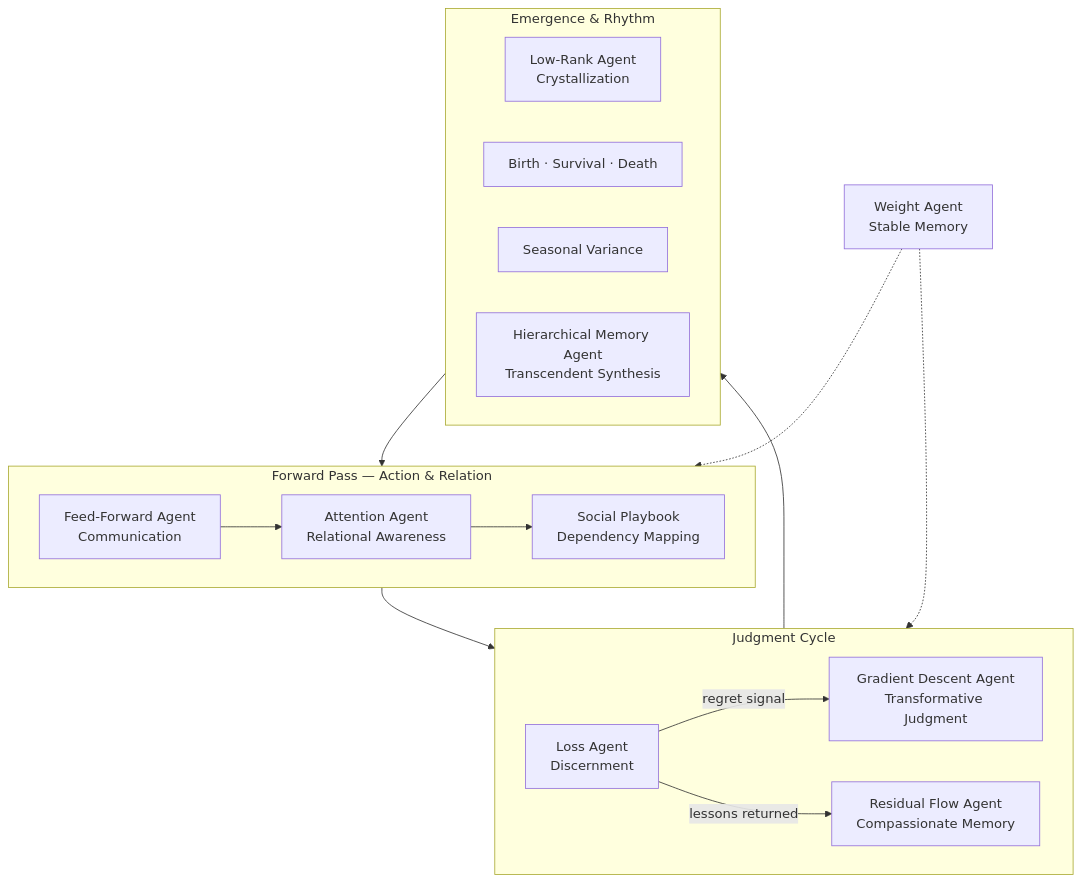
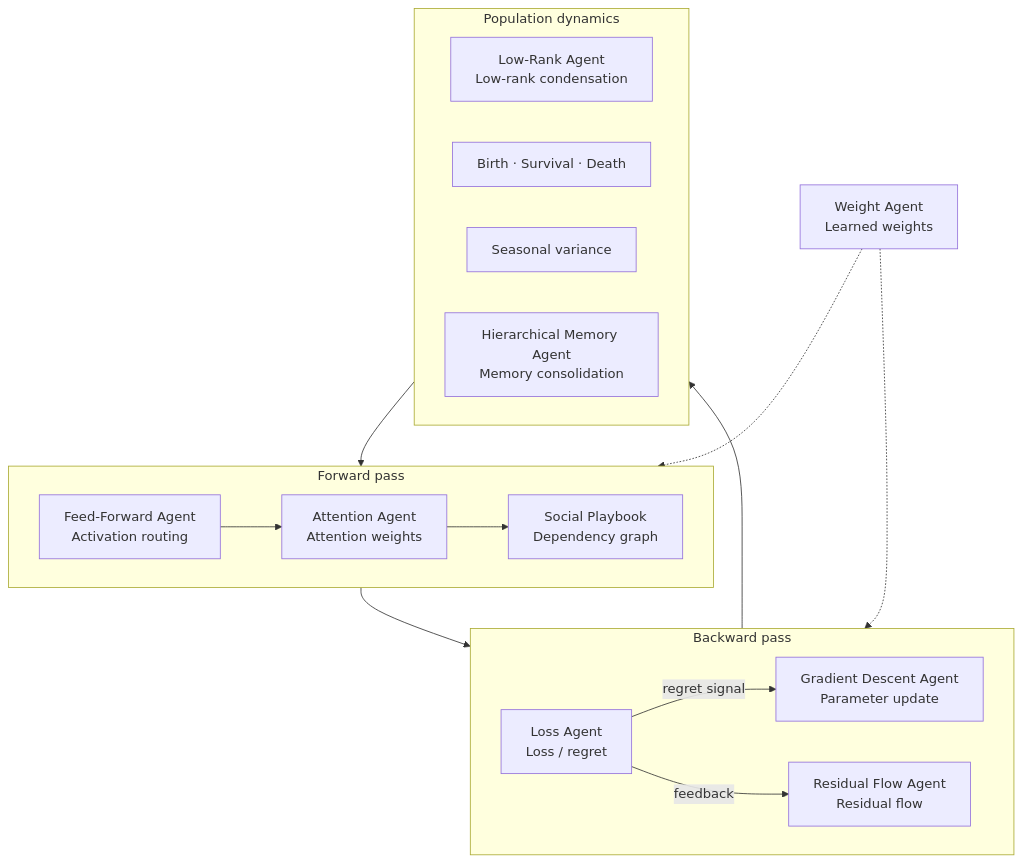
One commit to iblameandrew/sonar changed the first of 2 diagrams in README.md. Above: the diagram before and after it, drawn with Mermaid. The commit also changed other lines of this file, not shown here.

Commit message:
Rewrite Conceptual Transformer README: social roles and math only

````diff
--- a/README.md
+++ b/README.md
@@ -76,28 +72,28 @@
 ```mermaid
 flowchart TB
-    subgraph forward["Forward Pass — Action & Relation"]
-        M[Feed-Forward Agent<br/>Communication]
-        A[Attention Agent<br/>Relational Awareness]
-        SP[Social Playbook<br/>Dependency Mapping]
+    subgraph forward["Forward pass"]
+        M[Feed-Forward Agent<br/>Activation routing]
+        A[Attention Agent<br/>Attention weights]
+        SP[Social Playbook<br/>Dependency graph]
         M --> A --> SP
     end
 
-    subgraph judgment["Judgment Cycle"]
-        AU[Loss Agent<br/>Discernment]
-        AU -->|regret signal| RF[Gradient Descent Agent<br/>Transformative Judgment]
-        AU -->|lessons returned| CF[Residual Flow Agent<br/>Compassionate Memory]
+    subgraph backward["Backward pass"]
+        AU[Loss Agent<br/>Loss / regret]
+        AU -->|regret signal| RF[Gradient Descent Agent<br/>Parameter update]
+        AU -->|feedback| CF[Residual Flow Agent<br/>Residual flow]
     end
 
-    subgraph emergence["Emergence & Rhythm"]
-        INST[Low-Rank Agent<br/>Crystallization]
+    subgraph population["Population dynamics"]
+        INST[Low-Rank Agent<br/>Low-rank condensation]
         LIFE[Birth · Survival · Death]
-        SEA[Seasonal Variance]
-        RAP[Hierarchical Memory Agent<br/>Transcendent Synthesis]
+        SEA[Seasonal variance]
+        RAP[Hierarchical Memory Agent<br/>Memory consolidation]
     end
 
-    forward --> judgment
-    judgment --> emergence
-    emergence --> forward
-    CU[Weight Agent<br/>Stable Memory] -.-> forward
-    CU -.-> judgment
+    forward --> backward
+    backward --> population
+    population --> forward
+    CU[Weight Agent<br/>Learned weights] -.-> forward
+    CU -.-> backward
 ```
````
